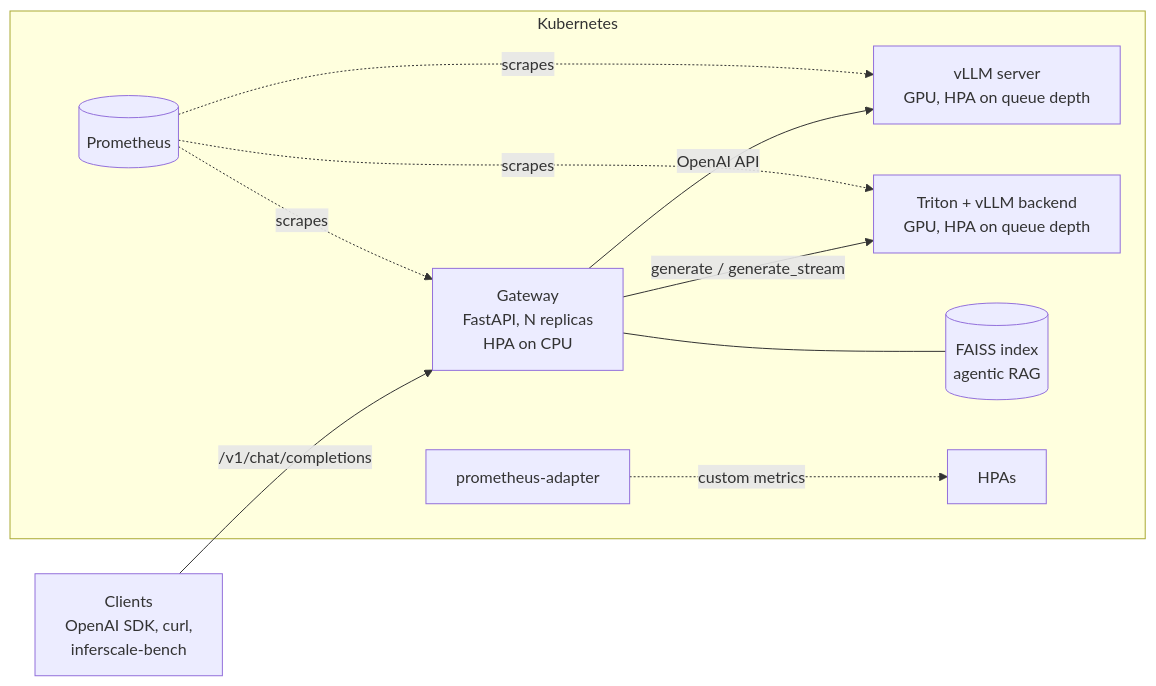
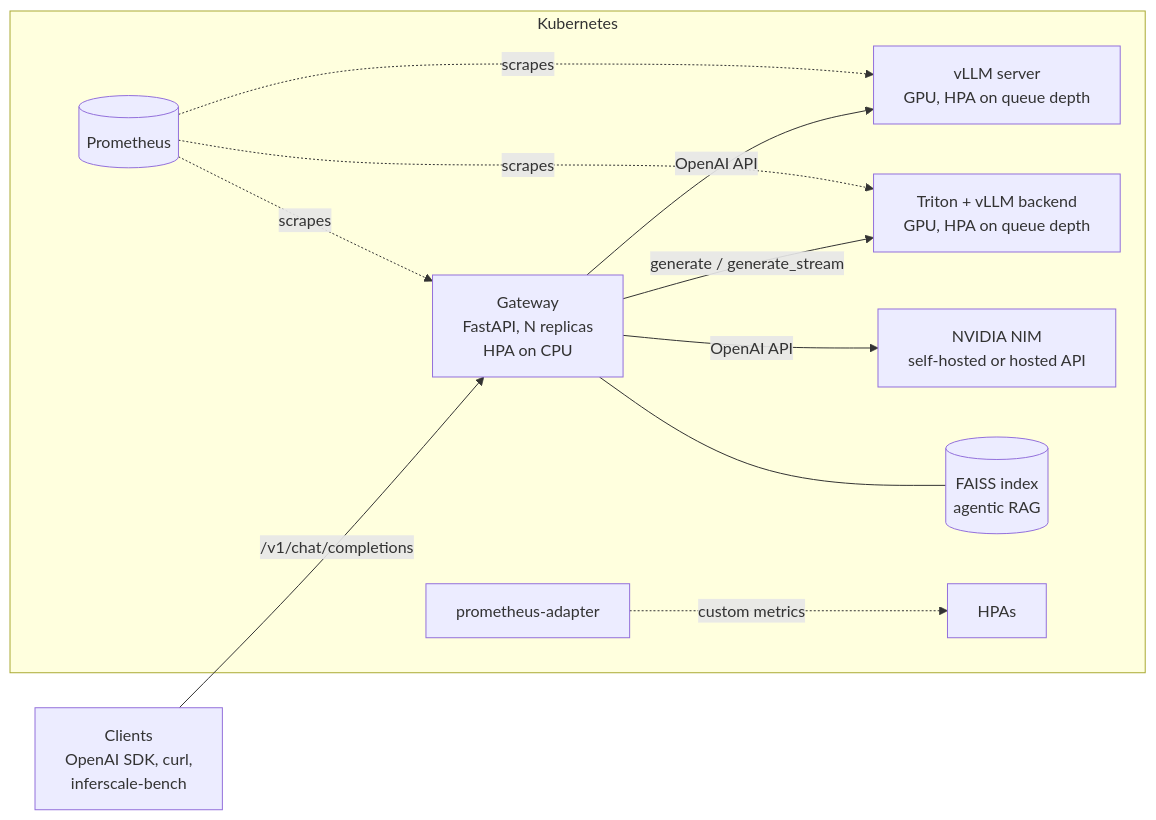
One commit to Markkoby3/llm-inference-k8s changed the diagram in README.md. Above: the diagram before and after it, drawn with Mermaid. The commit also changed other lines of this file and 11 other files, not shown here.

````diff
--- a/README.md
+++ b/README.md
@@ -16,13 +17,14 @@
 ```mermaid
 flowchart LR
     C[Clients<br/>OpenAI SDK, curl,<br/>inferscale-bench] -->|/v1/chat/completions| G
 
     subgraph K8s[Kubernetes]
       G[Gateway<br/>FastAPI, N replicas<br/>HPA on CPU]
       G -->|OpenAI API| V[vLLM server<br/>GPU, HPA on queue depth]
       G -->|generate / generate_stream| T[Triton + vLLM backend<br/>GPU, HPA on queue depth]
+      G -->|OpenAI API| N[NVIDIA NIM<br/>self-hosted or hosted API]
       G --- R[(FAISS index<br/>agentic RAG)]
       P[(Prometheus)] -.scrapes.-> G & V & T
       A[prometheus-adapter] -.custom metrics.-> H[HPAs]
     end
 ```
````
